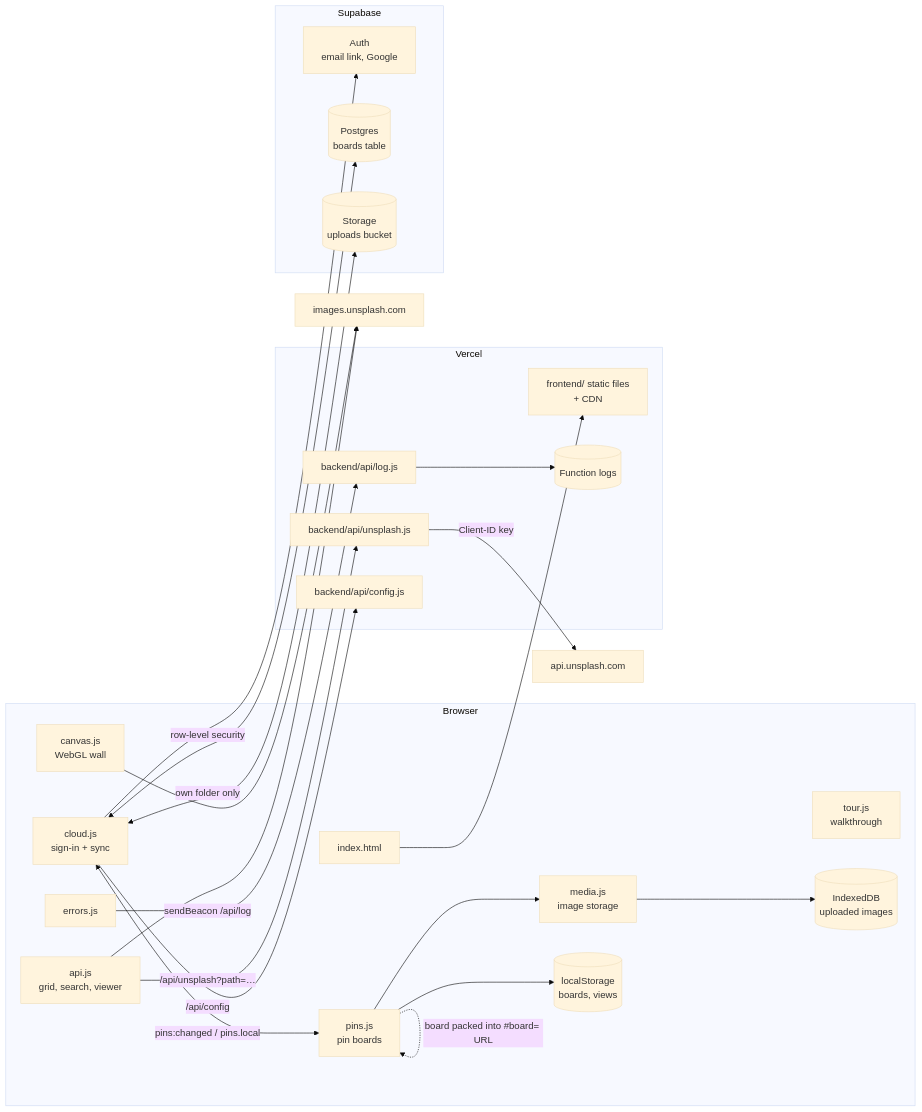
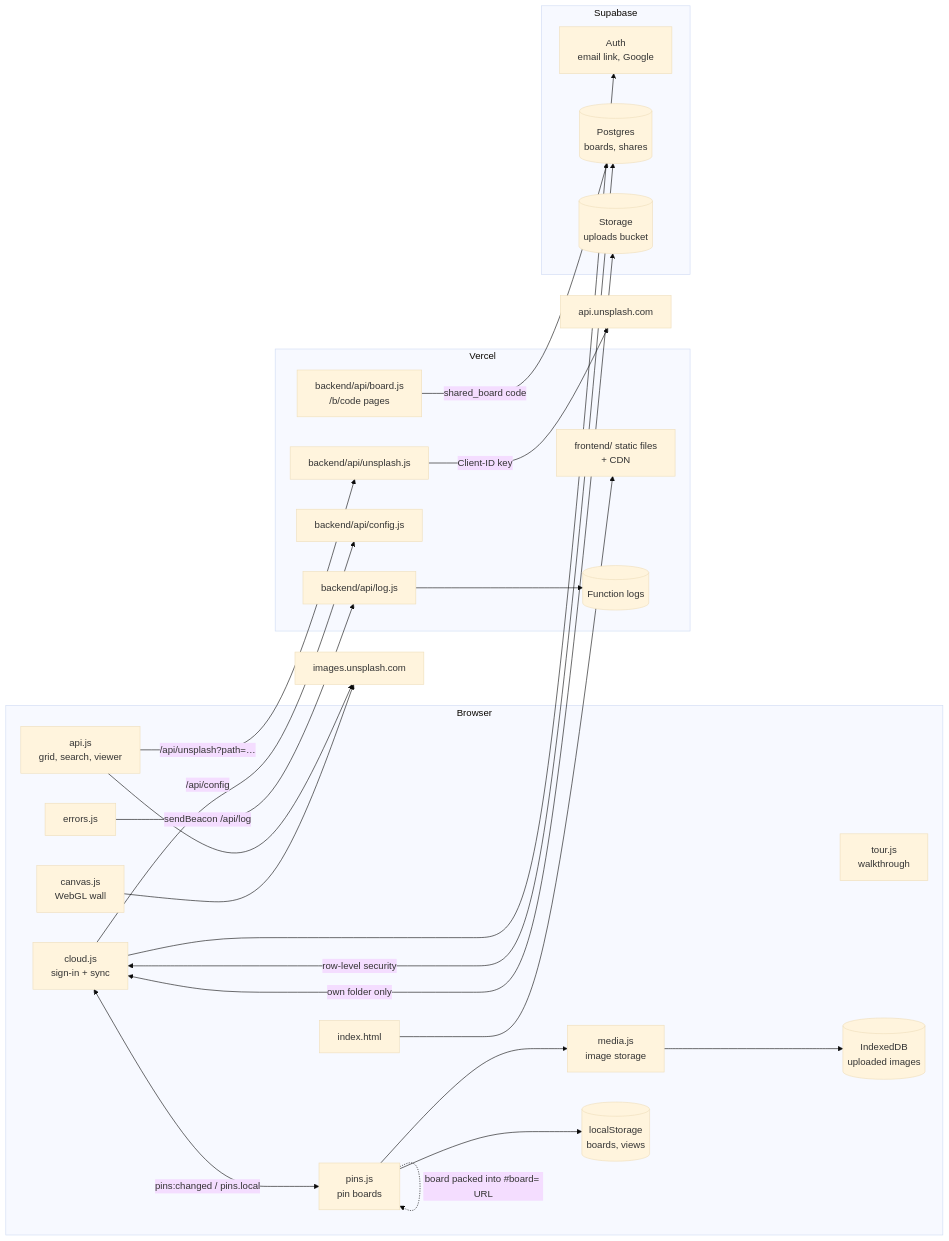
Before and after one commit to eklavyamisra/Aperture: the diagram in ARCHITECTURE.md, drawn with Mermaid (base theme). The commit also changed other lines of this file and 13 other files, not shown here.

````diff
--- a/ARCHITECTURE.md
+++ b/ARCHITECTURE.md
@@ -9,43 +9,45 @@
 ```mermaid
 flowchart LR
     subgraph Browser
         HTML[index.html]
         ERR[errors.js]
         API[api.js<br/>grid, search, viewer]
         CV[canvas.js<br/>WebGL wall]
         PINS[pins.js<br/>pin boards]
         MEDIA[media.js<br/>image storage]
         TOUR[tour.js<br/>walkthrough]
         CLOUD[cloud.js<br/>sign-in + sync]
         LS[(localStorage<br/>boards, views)]
         IDB[(IndexedDB<br/>uploaded images)]
     end
     subgraph Vercel
         STATIC[frontend/ static files<br/>+ CDN]
         PROXY[backend/api/unsplash.js]
         LOG[backend/api/log.js]
         CFG[backend/api/config.js]
+        BOARD[backend/api/board.js<br/>/b/code pages]
         LOGS[(Function logs)]
     end
     subgraph Supabase
         AUTH[Auth<br/>email link, Google]
-        DB[(Postgres<br/>boards table)]
+        DB[(Postgres<br/>boards, shares)]
         BUCKET[(Storage<br/>uploads bucket)]
     end
     UNS[api.unsplash.com]
     IMG[images.unsplash.com]
 
     HTML --> STATIC
     API -->|/api/unsplash?path=…| PROXY -->|Client-ID key| UNS
     CV --> IMG
     API --> IMG
     PINS --> LS
     PINS --> MEDIA --> IDB
     ERR -->|sendBeacon /api/log| LOG --> LOGS
     PINS -.->|board packed into #board= URL| PINS
     CLOUD -->|/api/config| CFG
     CLOUD <-->|pins:changed / pins.local| PINS
     CLOUD --> AUTH
     CLOUD <-->|row-level security| DB
     CLOUD <-->|own folder only| BUCKET
+    BOARD -->|shared_board code| DB
 ```
````
